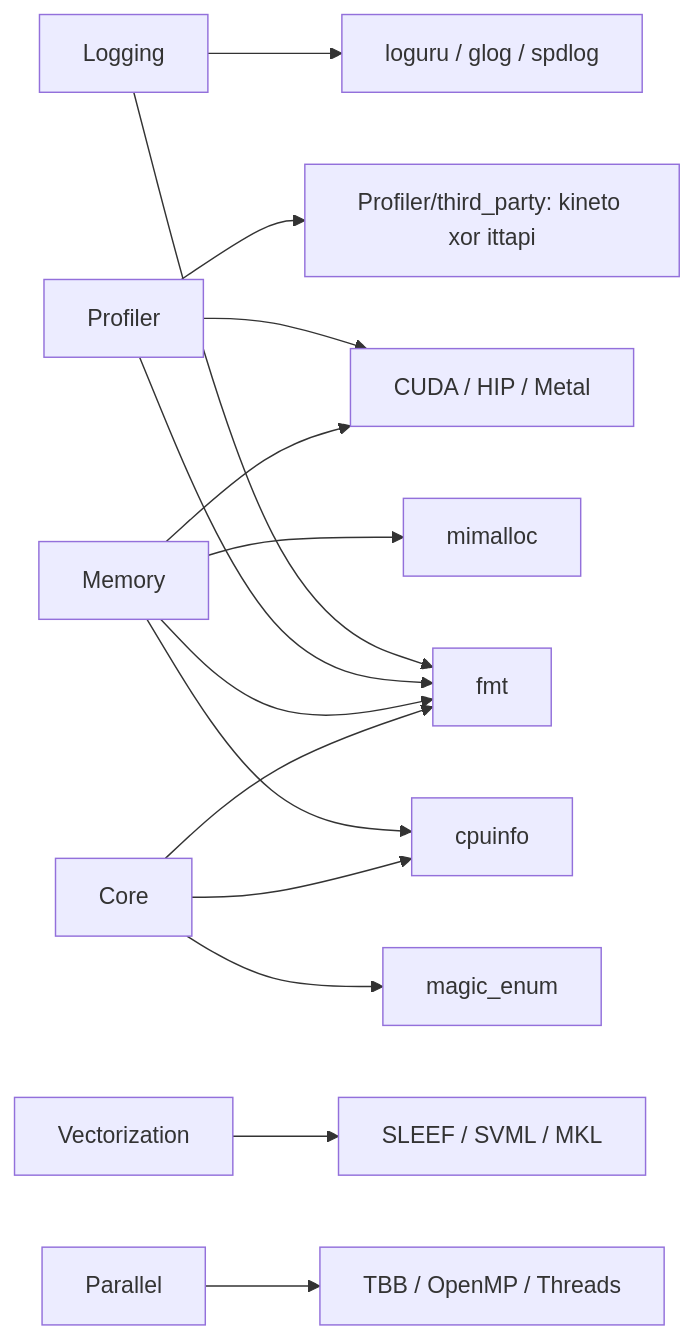
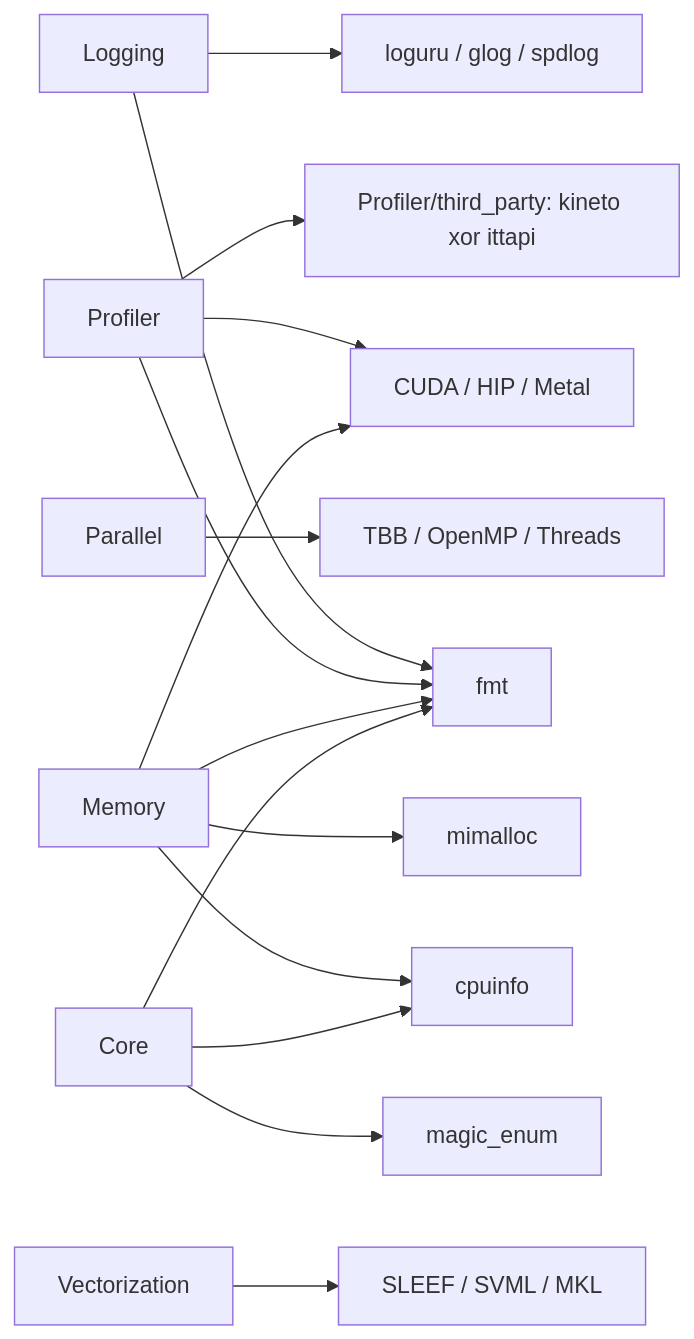
The fifth of 5 diagrams in Docs/PROJECT_DEPENDENCIES.md (KhwarizmiAnalytix/XSigma), drawn with Mermaid before and after one commit. The commit also changed other lines of this file and 100 other files, not shown here.

````diff
--- a/Docs/PROJECT_DEPENDENCIES.md
+++ b/Docs/PROJECT_DEPENDENCIES.md
@@ -143,17 +155,17 @@
 ```mermaid
 flowchart LR
   Logging --> fmt
   Logging --> loguru_glog_spdlog["loguru / glog / spdlog"]
+  Parallel --> tbb_omp["TBB / OpenMP / Threads"]
   Profiler --> fmt
   Profiler --> nested_backends["Profiler/third_party: kineto xor ittapi"]
   Profiler --> gpu_rt["CUDA / HIP / Metal"]
   Memory --> fmt
   Memory --> cpuinfo
   Memory --> mimalloc
   Memory --> gpu_rt
   Vectorization --> sleef_svml_mkl["SLEEF / SVML / MKL"]
   Core --> fmt
   Core --> cpuinfo
   Core --> magic_enum
-  Parallel --> tbb_omp["TBB / OpenMP / Threads"]
 ```
````
